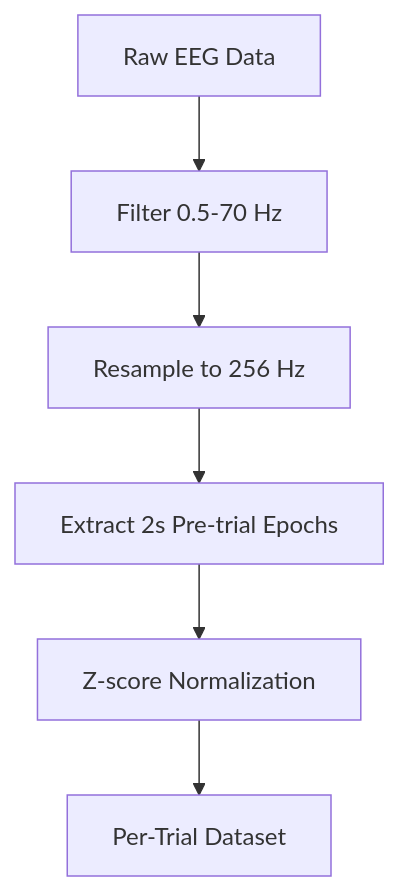
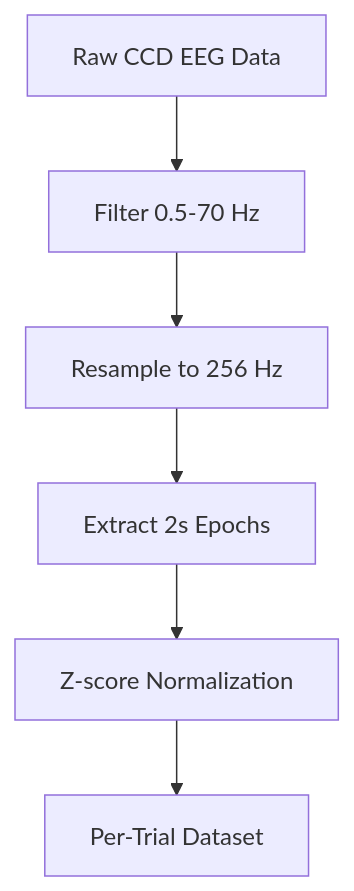
Before and after one commit to ChenSun-YP/HBN-EEG: the diagram in README.md, drawn with Mermaid. The commit also changed other lines of this file, not shown here.

````diff
--- a/README.md
+++ b/README.md
@@ -108,8 +113,8 @@
 ```mermaid
 graph TD
-    A[Raw EEG Data] --> B[Filter 0.5-70 Hz]
+    A[Raw CCD EEG Data] --> B[Filter 0.5-70 Hz]
     B --> C[Resample to 256 Hz]
-    C --> D[Extract 2s Pre-trial Epochs]
+    C --> D[Extract 2s Epochs]
     D --> E[Z-score Normalization]
     E --> F[Per-Trial Dataset]
 ```
````
